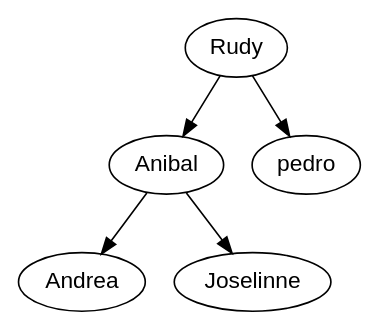
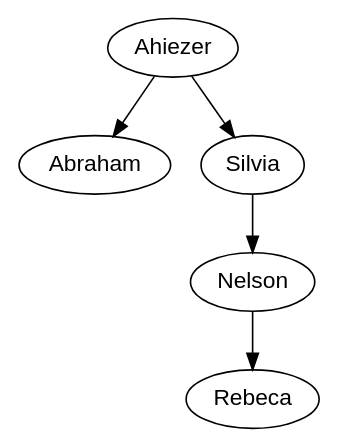
One commit to AhiezerRamirez/EDD_1S2020_PY1_201709062 changed the diagram in arbol.dot. Above: the diagram before and after it, drawn with Graphviz. The commit also changed 34 other files, not shown here.

```diff
--- a/arbol.dot
+++ b/arbol.dot
@@ -1,7 +1,7 @@
 digraph BST {
     node [fontname="Arial"];
-    Rudy -> Anibal;
-    Anibal -> Andrea;
-    Anibal -> Joselinne;
-    Rudy -> pedro;
+    Ahiezer -> Abraham;
+    Ahiezer -> Silvia;
+    Silvia -> Nelson;
+    Nelson -> Rebeca;
 }
```
